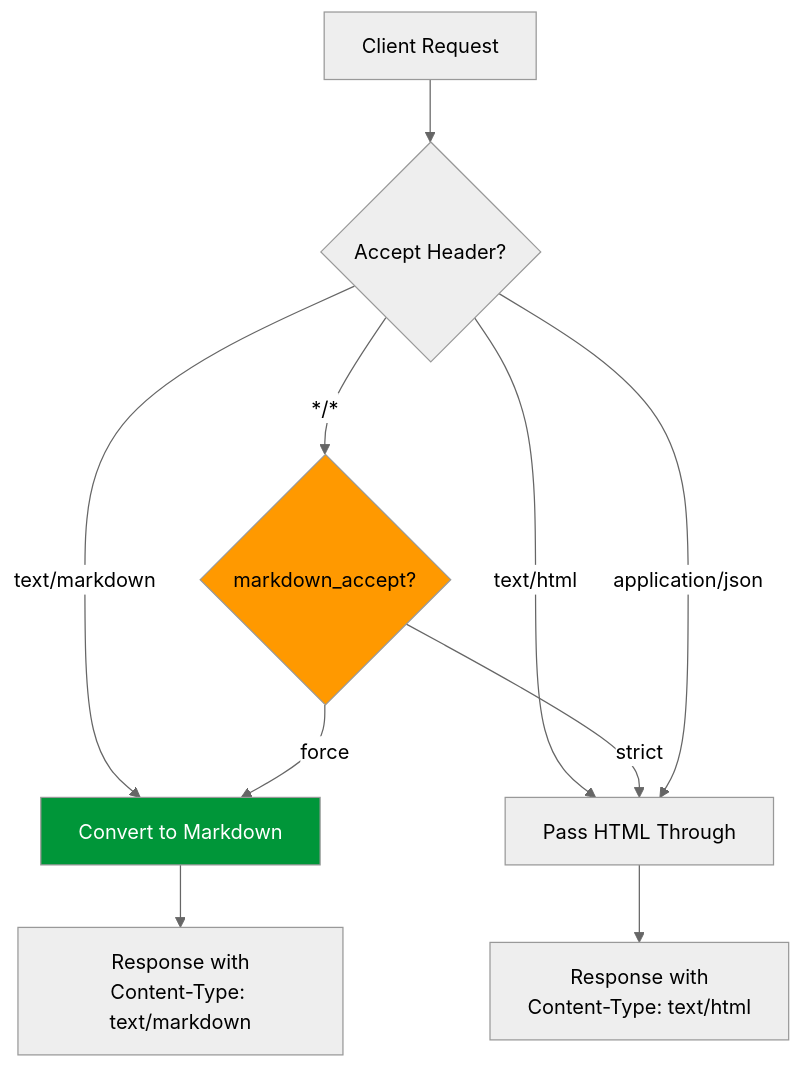
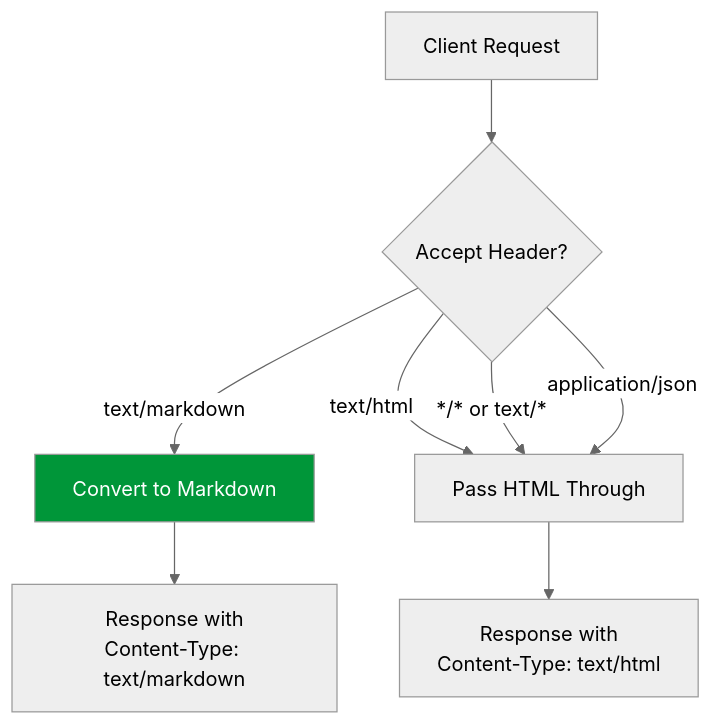
One commit to cnkang/nginx-markdown-for-agents changed the diagram in docs/features/CONTENT_NEGOTIATION.md. Above: the diagram before and after it, drawn with Mermaid (neutral theme). The commit also changed 11 other files, not shown here.

````diff
--- a/docs/features/CONTENT_NEGOTIATION.md
+++ b/docs/features/CONTENT_NEGOTIATION.md
@@ -5,15 +5,12 @@
 ```mermaid
 flowchart TD
     Client["Client Request"] --> Accept{"Accept Header?"}
     Accept -->|"text/markdown"| Convert["Convert to Markdown"]
     Accept -->|"text/html"| PassHTML["Pass HTML Through"]
-    Accept -->|"*/*"| Policy{"markdown_accept?"}
-    Policy -->|force| Convert
-    Policy -->|strict| PassHTML
+    Accept -->|"*/* or text/*"| PassHTML
     Accept -->|"application/json"| PassHTML
     Convert --> Response["Response with<br/>Content-Type: text/markdown"]
     PassHTML --> Response2["Response with<br/>Content-Type: text/html"]
 
     style Convert fill:#009639,color:#fff
-    style Policy fill:#f90,color:#000
 ```
````
